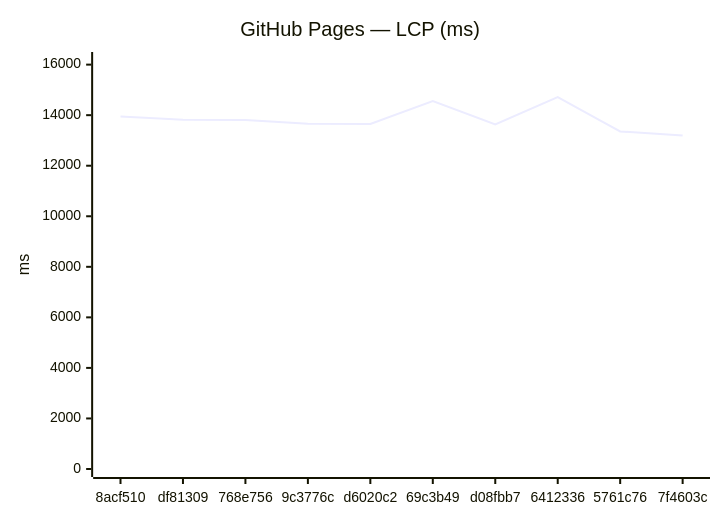
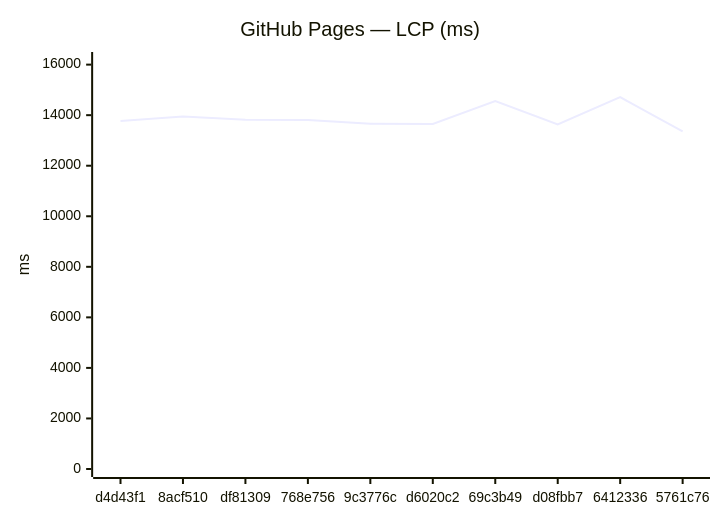
The third of 18 diagrams in benchmarks/compare.md (Metaheurist/Rianell), drawn with Mermaid before and after one commit. The commit also changed other lines of this file and 11 other files, not shown here.

````diff
--- a/benchmarks/compare.md
+++ b/benchmarks/compare.md
@@ -54,7 +54,7 @@
 ```mermaid
 xychart-beta
     title "GitHub Pages — LCP (ms)"
-    x-axis ["8acf510", "df81309", "768e756", "9c3776c", "d6020c2", "69c3b49", "d08fbb7", "6412336", "5761c76", "7f4603c"]
+    x-axis ["d4d43f1", "8acf510", "df81309", "768e756", "9c3776c", "d6020c2", "69c3b49", "d08fbb7", "6412336", "5761c76"]
     y-axis "ms" 0 --> 16183
-    line [13952, 13820, 13811, 13660, 13653, 14556, 13636, 14711, 13355, 13197]
+    line [13769, 13952, 13820, 13811, 13660, 13653, 14556, 13636, 14711, 13355]
 ```
````
